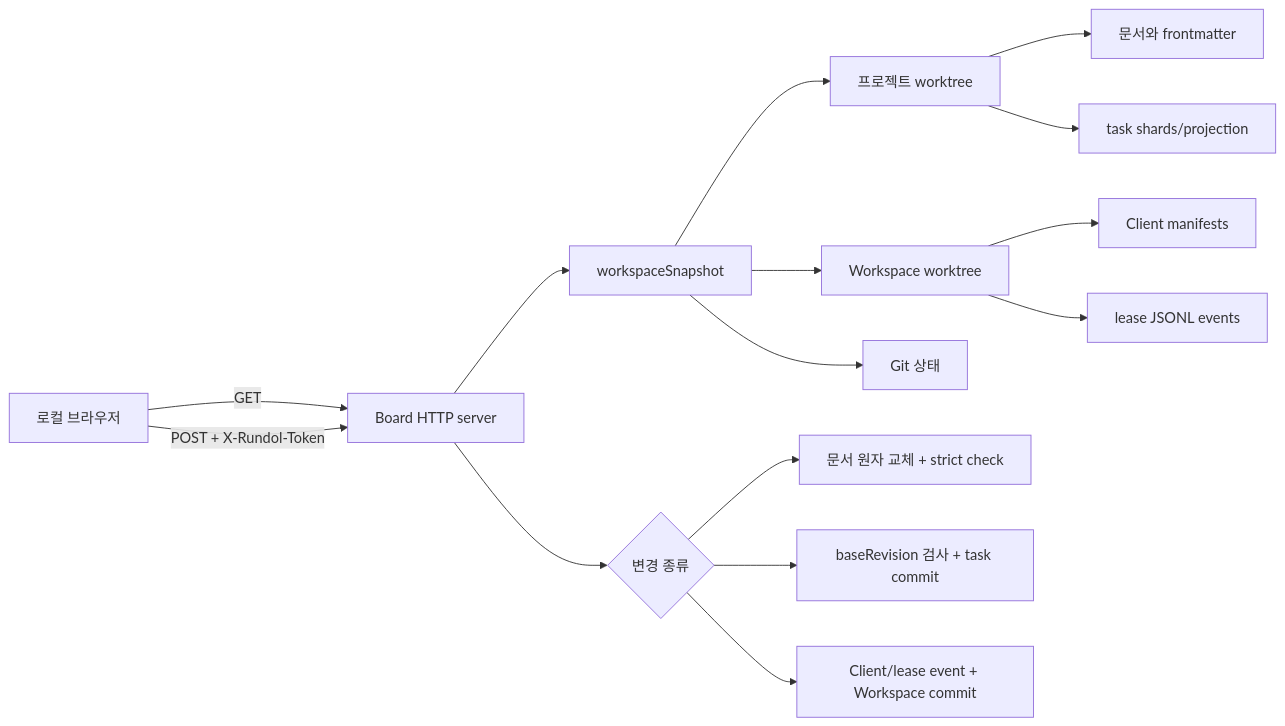
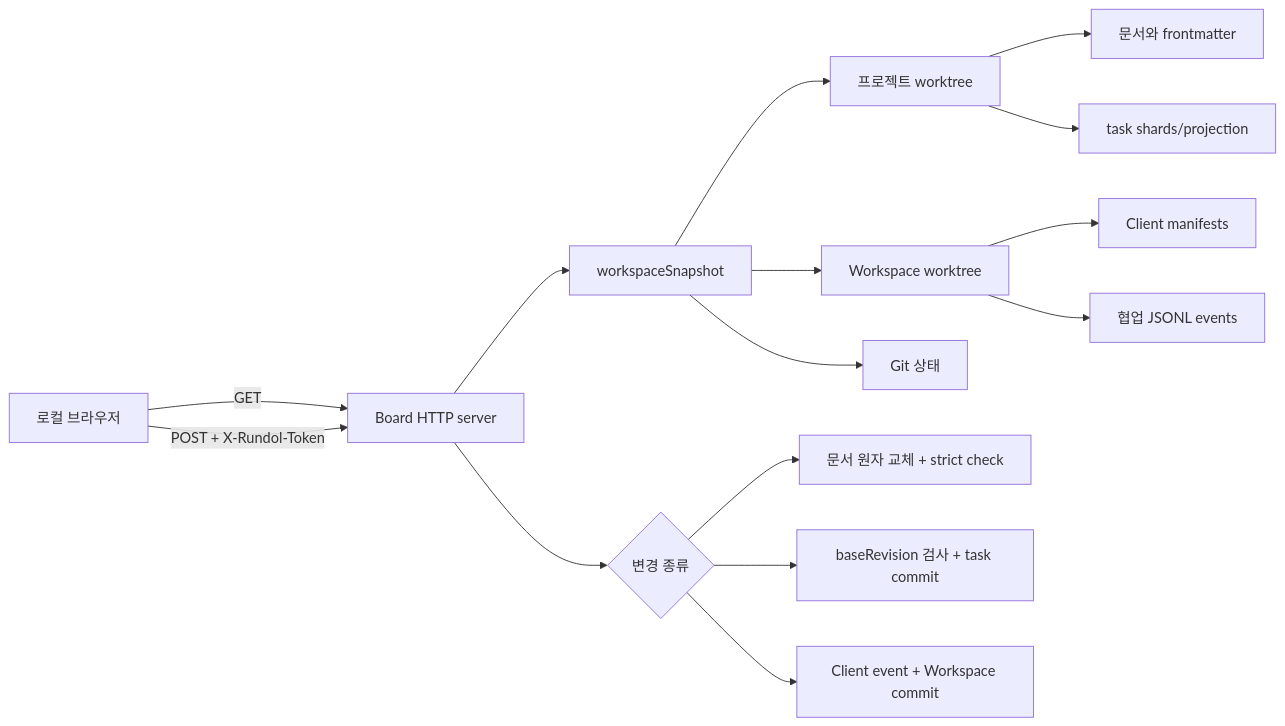
One commit to runtime-co-kr/rundol changed the first of 3 diagrams in docs/architecture/ARC-004-로컬-Board와-협업-아키텍처.md. Above: the diagram before and after it, drawn with Mermaid. The commit also changed other lines of this file and 9 other files, not shown here.

````diff
--- a/docs/architecture/ARC-004-로컬-Board와-협업-아키텍처.md
+++ b/docs/architecture/ARC-004-로컬-Board와-협업-아키텍처.md
@@ -43,17 +41,17 @@
 ```mermaid
 flowchart LR
   Browser[로컬 브라우저] -->|GET| Server[Board HTTP server]
   Browser -->|POST + X-Rundol-Token| Server
   Server --> Snapshot[workspaceSnapshot]
   Snapshot --> Project[프로젝트 worktree]
   Snapshot --> Workspace[Workspace worktree]
   Snapshot --> Git[Git 상태]
   Project --> Docs[문서와 frontmatter]
   Project --> Tasks[task shards/projection]
   Workspace --> Clients[Client manifests]
-  Workspace --> Events[lease JSONL events]
+  Workspace --> Events[협업 JSONL events]
   Server --> Mutate{변경 종류}
   Mutate --> DocWrite[문서 원자 교체 + strict check]
   Mutate --> TaskWrite[baseRevision 검사 + task commit]
-  Mutate --> Collaboration[Client/lease event + Workspace commit]
+  Mutate --> Collaboration[Client event + Workspace commit]
 ```
````
